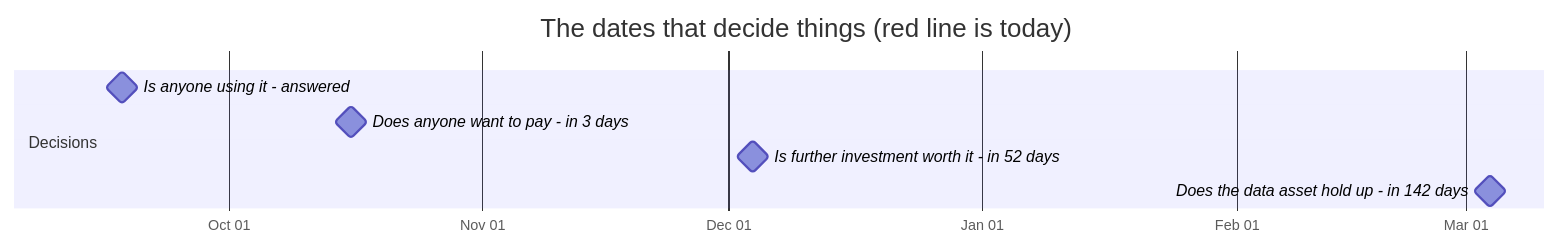
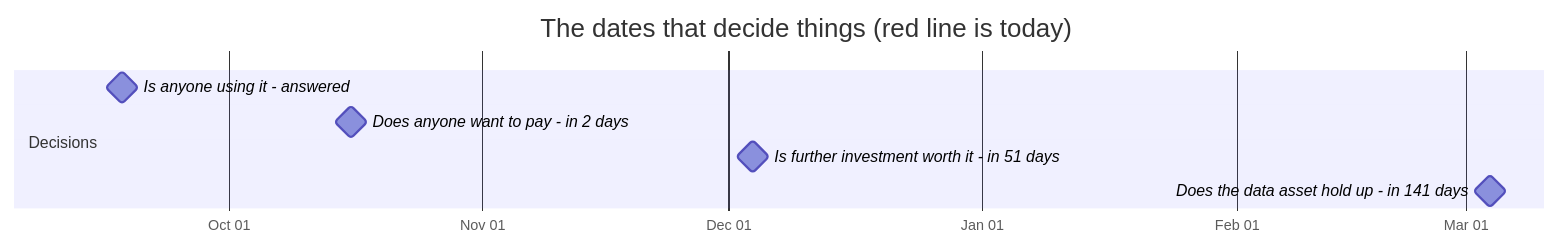
Before and after one commit to jakegu1/vetagent: the first of 2 diagrams in docs/OWNER.md, drawn with Mermaid. The commit also changed other lines of this file and 1 other file, not shown here.

````diff
--- a/docs/OWNER.md
+++ b/docs/OWNER.md
@@ -76,12 +76,12 @@
 ```mermaid
 gantt
     dateFormat YYYY-MM-DD
     axisFormat %b %d
     todayMarker stroke-width:3px,stroke:#d33,stroke-dasharray:0
     title The dates that decide things (red line is today)
     section Decisions
     Is anyone using it - answered :milestone, 2026-09-18, 0d
-    Does anyone want to pay - in 3 days :milestone, 2026-10-16, 0d
-    Is further investment worth it - in 52 days :milestone, 2026-12-04, 0d
-    Does the data asset hold up - in 142 days :milestone, 2027-03-04, 0d
+    Does anyone want to pay - in 2 days :milestone, 2026-10-16, 0d
+    Is further investment worth it - in 51 days :milestone, 2026-12-04, 0d
+    Does the data asset hold up - in 141 days :milestone, 2027-03-04, 0d
 ```
````
